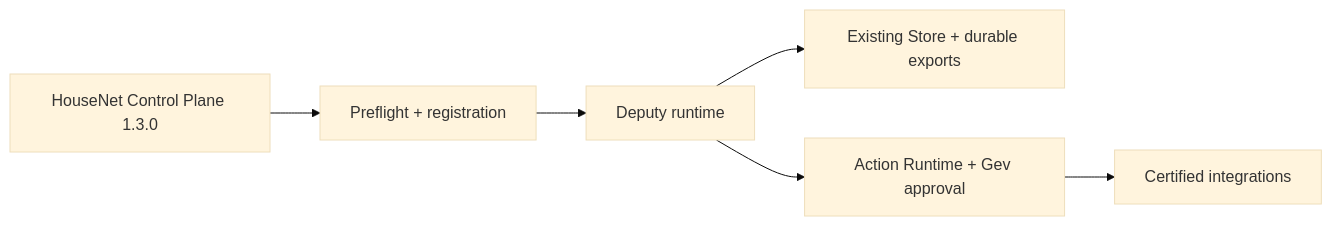
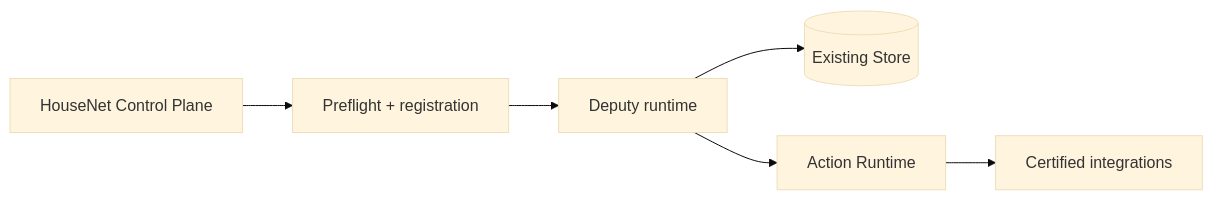
One commit to HouseNet-Projects/command-center changed the first of 2 diagrams in README.md. Above: the diagram before and after it, drawn with Mermaid (base theme). The commit also changed other lines of this file and 3 other files, not shown here.

````diff
--- a/README.md
+++ b/README.md
@@ -32,8 +23,8 @@
 ```mermaid
 flowchart LR
-  CP[HouseNet Control Plane 1.3.0] --> PRE[Preflight + registration]
+  CP[HouseNet Control Plane] --> PRE[Preflight + registration]
   PRE --> D[Deputy runtime]
-  D --> STORE[Existing Store + durable exports]
-  D --> ACT[Action Runtime + Gev approval]
-  ACT --> INT[Certified integrations]
+  D --> S[(Existing Store)]
+  D --> A[Action Runtime]
+  A --> I[Certified integrations]
 ```
````
